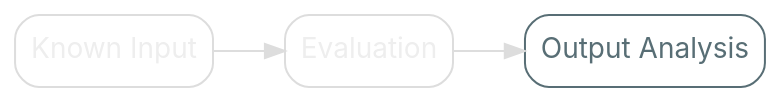
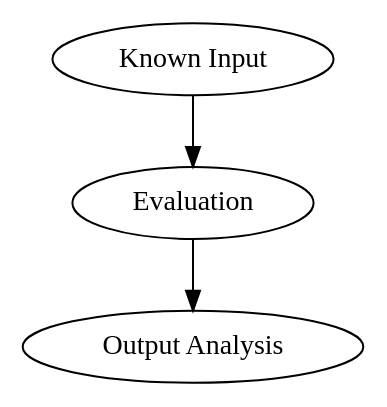
The diagram in src/graphviz/ebt_output.dot (nrinaudo/much-ado-about-testing), drawn with Graphviz before and after one commit. The commit also changed 98 other files, not shown here.

Commit message:
Use graphviz stylesheets

```diff
--- a/src/graphviz/ebt_output.dot
+++ b/src/graphviz/ebt_output.dot
@@ -1,15 +1,8 @@
 digraph {
-    bgcolor=transparent
-    rankdir=LR
-
-    // Default theme: enabled
-    node[shape="rectangle" style="rounded,filled" color="#586E75" fillcolor="#ffffff" fontcolor="#586E75" fontname="Inter,Arial"]
-    edge[color="#586E75" fontcolor="#000000" fontname="Inter,Arial" fontsize=11]
-
-    Input[label="Known Input" color="#dddddd" fontcolor="#eeeeee"]
-    Evaluation[color="#dddddd" fontcolor="#eeeeee"]
+    Input[label="Known Input" class="disabled"]
+    Evaluation[class="disabled"]
     Analysis[label="Output Analysis"]
 
-    Input -> Evaluation[color="#dddddd"]
-    Evaluation -> Analysis[color="#dddddd"]
+    Input -> Evaluation[class="disabled"]
+    Evaluation -> Analysis[class="disabled"]
 }
```
